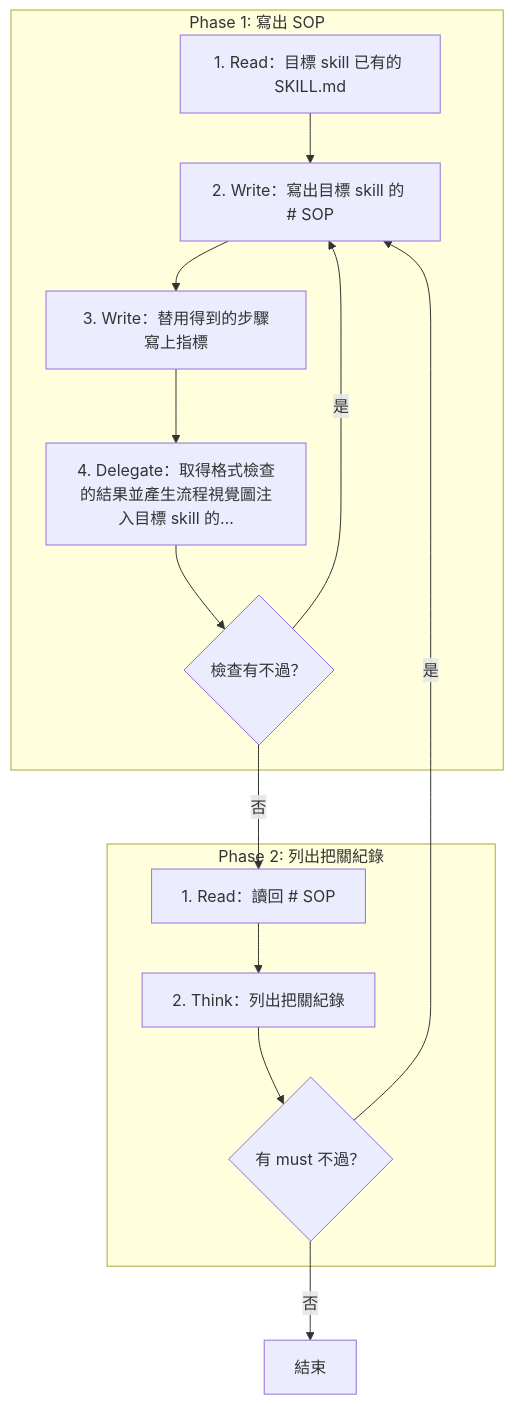
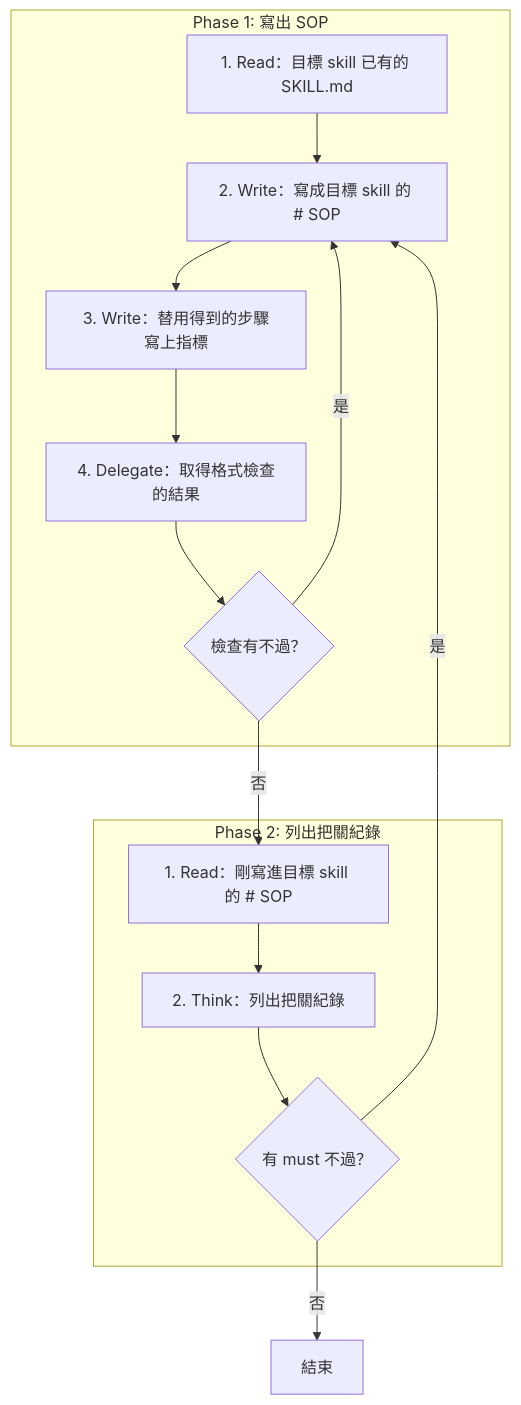
One commit to AI-x-BDD/BDGG-Dev-Skills changed the diagram in .claude/skills/skill-form-sop/SKILL.md. Above: the diagram before and after it, drawn with Mermaid. The commit also changed other lines of this file and 43 other files, not shown here.

First line of the commit message:
feat!: skill-form-sop 的流程視覺圖改放檔尾並以粗體標出的核心動作當標籤

````diff
--- a/.claude/skills/skill-form-sop/SKILL.md
+++ b/.claude/skills/skill-form-sop/SKILL.md
@@ -11,26 +21,26 @@
 ```mermaid
 flowchart TD
     subgraph P1["Phase 1: 寫出 SOP"]
         P1S1["1. Read：目標 skill 已有的 SKILL.md"]
-        P1S2["2. Write：寫出目標 skill 的 # SOP"]
+        P1S2["2. Write：寫成目標 skill 的 # SOP"]
         P1S3["3. Write：替用得到的步驟寫上指標"]
-        P1S4["4. Delegate：取得格式檢查的結果並產生流程視覺圖注入目標 skill 的…"]
+        P1S4["4. Delegate：取得格式檢查的結果"]
         G_P1S4_1{"檢查有不過？"}
     end
     subgraph P2["Phase 2: 列出把關紀錄"]
-        P2S1["1. Read：讀回 # SOP"]
+        P2S1["1. Read：剛寫進目標 skill 的 # SOP"]
         P2S2["2. Think：列出把關紀錄"]
         G_P2S2_1{"有 must 不過？"}
     end
     End["結束"]
     P1S1 --> P1S2
     P1S2 --> P1S3
     P1S3 --> P1S4
     P1S4 --> G_P1S4_1
     G_P1S4_1 -->|是| P1S2
     G_P1S4_1 -->|否| P2S1
     P2S1 --> P2S2
     P2S2 --> G_P2S2_1
     G_P2S2_1 -->|是| P1S2
     G_P2S2_1 -->|否| End
 ```
````
